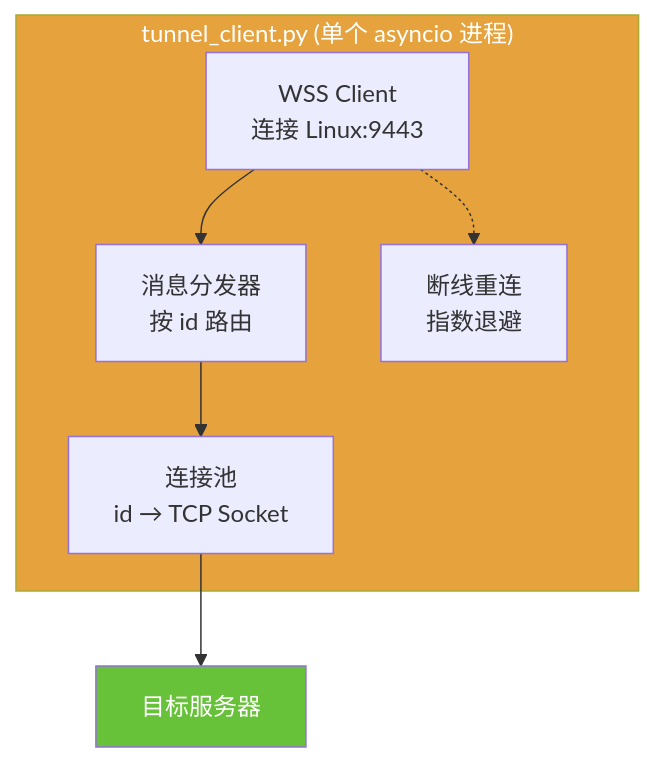
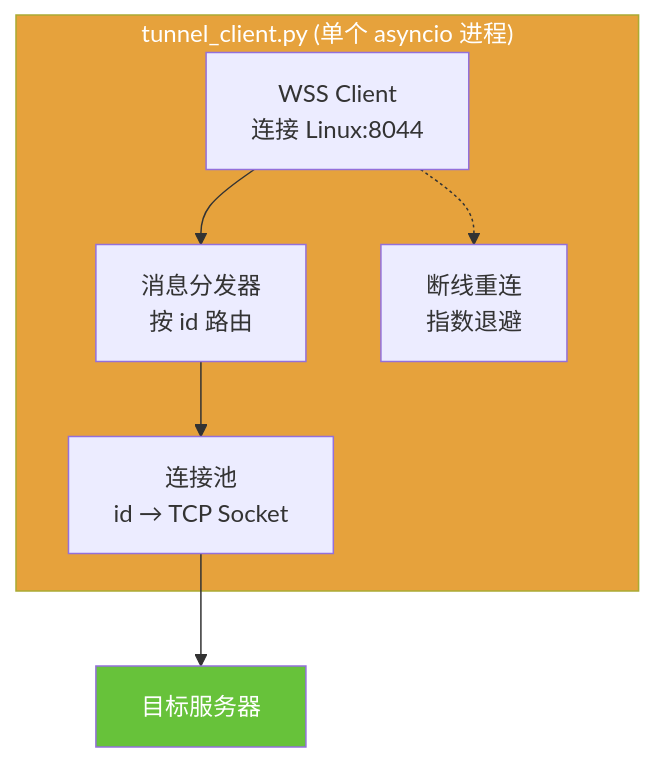
Before and after one commit to scutshuxue/ai-coding-research: diagram 12 of 18 in dev_project/proxy-tunnel/wss-tunnel-design.md, drawn with Mermaid. The commit also changed other lines of this file and 1 other file, not shown here.

First line of the commit message:
docs: 同步 WSS 隧道设计文档和实施计划与实际代码实现

````diff
--- a/dev_project/proxy-tunnel/wss-tunnel-design.md
+++ b/dev_project/proxy-tunnel/wss-tunnel-design.md
@@ -509,17 +520,17 @@
 ```mermaid
 graph TD
     subgraph Client["tunnel_client.py (单个 asyncio 进程)"]
-        WS_CLIENT["WSS Client<br/>连接 Linux:9443"]
+        WS_CLIENT["WSS Client<br/>连接 Linux:8044"]
         DISPATCHER["消息分发器<br/>按 id 路由"]
         CONN_POOL["连接池<br/>id → TCP Socket"]
         RECONNECT["断线重连<br/>指数退避"]
     end
 
     WS_CLIENT --> DISPATCHER
     DISPATCHER --> CONN_POOL
     CONN_POOL --> INTERNET["目标服务器"]
     WS_CLIENT -.-> RECONNECT
 
     style Client fill:#e6a23c,color:#fff
     style INTERNET fill:#67c23a,color:#fff
 ```
````
